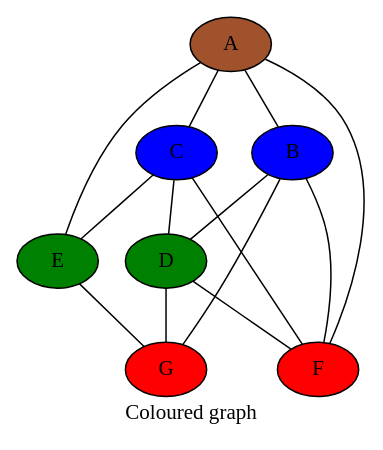
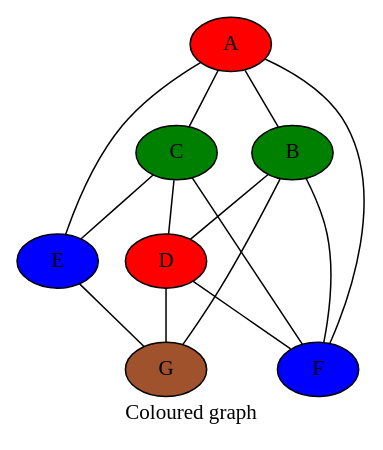
One commit to sallareznov/m1s2 changed the diagram in AeA/partie2/tp3/greedy.dot. Above: the diagram before and after it, drawn with Graphviz. The commit also changed 18 other files, not shown here.

```diff
--- a/AeA/partie2/tp3/greedy.dot
+++ b/AeA/partie2/tp3/greedy.dot
@@ -1,23 +1,23 @@
 graph {
 label="Coloured graph"
-G[label="G", style="filled", color="black", fillcolor="red"]
-E[label="E", style="filled", color="black", fillcolor="green"]
-F[label="F", style="filled", color="black", fillcolor="red"]
-C[label="C", style="filled", color="black", fillcolor="blue"]
-D[label="D", style="filled", color="black", fillcolor="green"]
-A[label="A", style="filled", color="black", fillcolor="sienna"]
-B[label="B", style="filled", color="black", fillcolor="blue"]
+G[label="G", style="filled", color="black", fillcolor="sienna"]
+E[label="E", style="filled", color="black", fillcolor="blue"]
+F[label="F", style="filled", color="black", fillcolor="blue"]
+C[label="C", style="filled", color="black", fillcolor="green"]
+D[label="D", style="filled", color="black", fillcolor="red"]
+A[label="A", style="filled", color="black", fillcolor="red"]
+B[label="B", style="filled", color="black", fillcolor="green"]
 A -- B
 A -- C
 A -- E
 A -- F
 B -- D
 B -- F
 B -- G
 C -- D
 C -- E
 C -- F
 D -- F
 D -- G
 E -- G
 }
```
